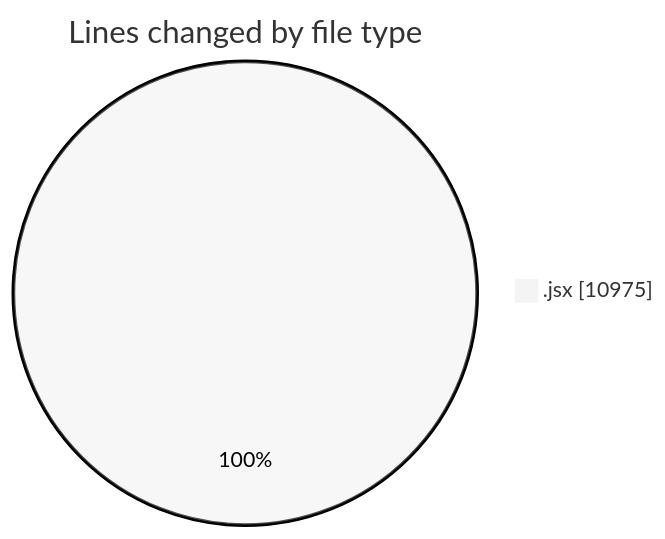
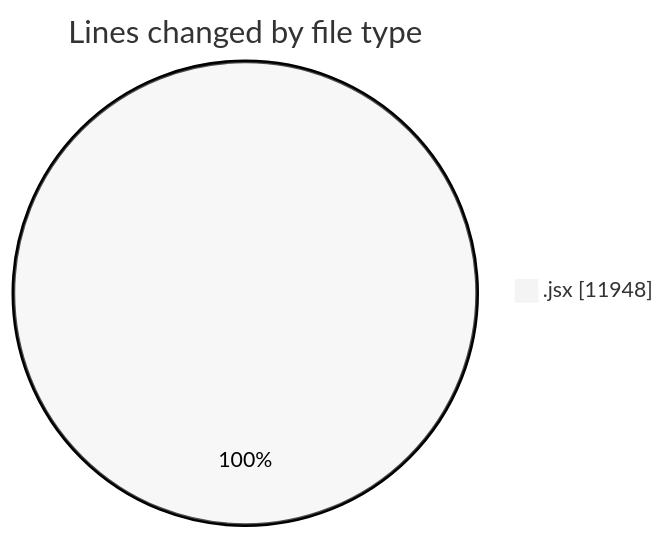
Before and after one commit to nxtqubesakshisongat/code-tracking: the first of 2 diagrams in 2025-05-26/nxtqube_webapp/README.md, drawn with Mermaid (neutral theme). The commit also changed other lines of this file and 1 other file, not shown here.

````diff
--- a/2025-05-26/nxtqube_webapp/README.md
+++ b/2025-05-26/nxtqube_webapp/README.md
@@ -23,5 +23,5 @@
 ```mermaid
 pie showData
 title Lines changed by file type
-".jsx" : 10975
+".jsx" : 11948
 ```
````
